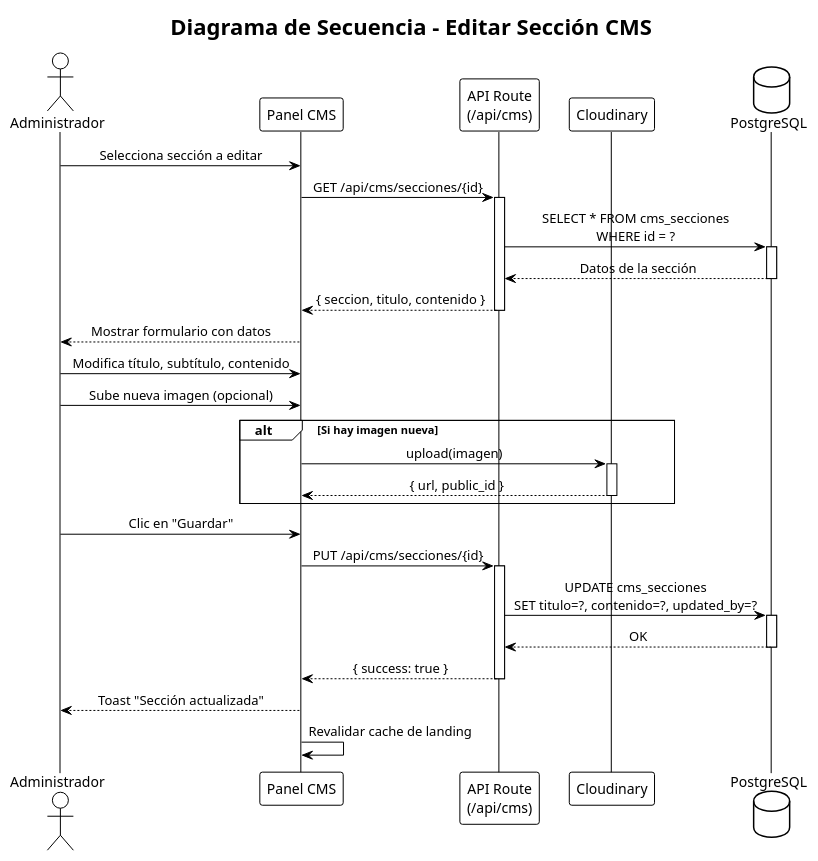
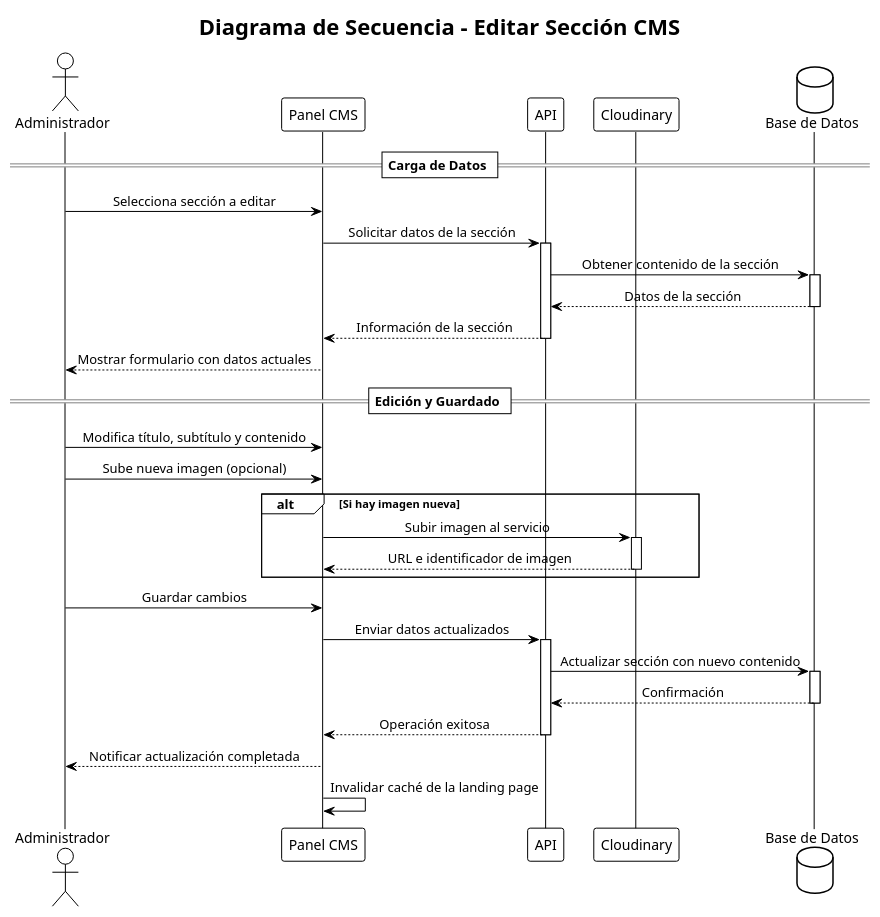
One commit to RDaniloMM/dental-company changed the sixth of 10 diagrams in DIAGRAMAS_UML.md. Above: the diagram before and after it, drawn with PlantUML. The commit also changed other lines of this file, not shown here.

Commit message:
Actualizar diagramas de secuencia: mejorar títulos, descripciones y formato en la recuperación de contraseña, interacción con chatbot y registro con código de invitación.

````diff
--- a/DIAGRAMAS_UML.md
+++ b/DIAGRAMAS_UML.md
@@ -614,55 +661,59 @@
 ```plantuml
 @startuml Secuencia_CMS_Editar
 !theme plain
 skinparam sequenceMessageAlign center
 
 title Diagrama de Secuencia - Editar Sección CMS
 
 actor "Administrador" as Admin
 participant "Panel CMS" as CMS
-participant "API Route\n(/api/cms)" as API
+participant "API" as API
 participant "Cloudinary" as Cloud
-database "PostgreSQL" as DB
+database "Base de Datos" as DB
+
+== Carga de Datos ==
 
 Admin -> CMS: Selecciona sección a editar
-CMS -> API: GET /api/cms/secciones/{id}
+CMS -> API: Solicitar datos de la sección
 activate API
 
-API -> DB: SELECT * FROM cms_secciones\nWHERE id = ?
+API -> DB: Obtener contenido de la sección
 activate DB
 DB --> API: Datos de la sección
 deactivate DB
 
-API --> CMS: { seccion, titulo, contenido }
+API --> CMS: Información de la sección
 deactivate API
 
-CMS --> Admin: Mostrar formulario con datos
+CMS --> Admin: Mostrar formulario con datos actuales
 
-Admin -> CMS: Modifica título, subtítulo, contenido
+== Edición y Guardado ==
+
+Admin -> CMS: Modifica título, subtítulo y contenido
 Admin -> CMS: Sube nueva imagen (opcional)
 
 alt Si hay imagen nueva
-    CMS -> Cloud: upload(imagen)
+    CMS -> Cloud: Subir imagen al servicio
     activate Cloud
-    Cloud --> CMS: { url, public_id }
+    Cloud --> CMS: URL e identificador de imagen
     deactivate Cloud
 end
 
-Admin -> CMS: Clic en "Guardar"
+Admin -> CMS: Guardar cambios
 
-CMS -> API: PUT /api/cms/secciones/{id}
+CMS -> API: Enviar datos actualizados
 activate API
 
-API -> DB: UPDATE cms_secciones\nSET titulo=?, contenido=?, updated_by=?
+API -> DB: Actualizar sección con nuevo contenido
 activate DB
-DB --> API: OK
+DB --> API: Confirmación
 deactivate DB
 
-API --> CMS: { success: true }
+API --> CMS: Operación exitosa
 deactivate API
 
-CMS --> Admin: Toast "Sección actualizada"
-CMS -> CMS: Revalidar cache de landing
+CMS --> Admin: Notificar actualización completada
+CMS -> CMS: Invalidar caché de la landing page
 
 @enduml
 ```
````
